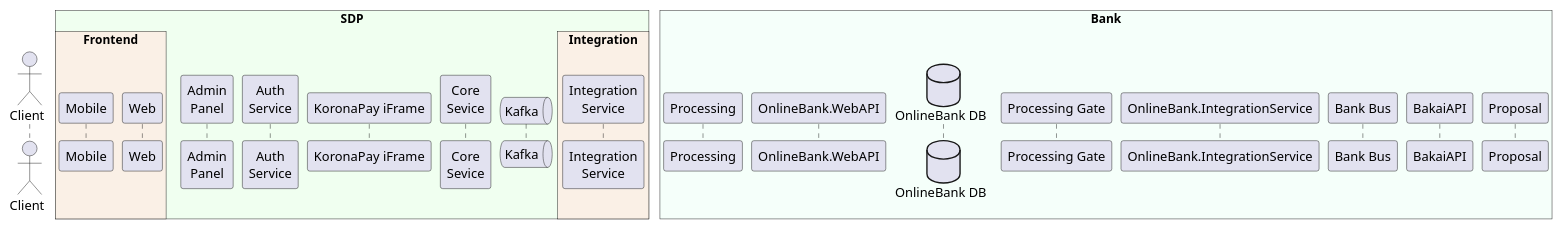
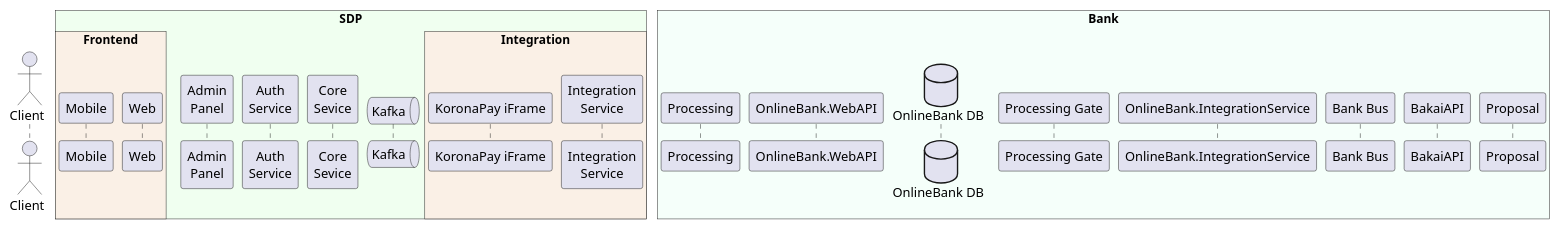
The diagram in sdp_participants.puml (MIBtester/plantuml-styles), drawn with PlantUML before and after one commit.

Commit message:
Move KoronaPay iFrame participant to Integration box

```diff
--- a/sdp_participants.puml
+++ b/sdp_participants.puml
@@ -1,39 +1,39 @@
 @startuml
 !pragma teoz true
 
 actor Client as Client order 10
 
 box "SDP" #HoneyDew
 
         box "Frontend" #Linen
             participant "Mobile" as Mobile order 20
             participant "Web" as Web order 25
         end box
 
     participant "Admin\nPanel" as Admin order 30
     participant "Auth\nService" as Auth order 33
-    participant "KoronaPay iFrame" as ZK order 39
     participant "Core\nSevice" as Core order 42
     queue "Kafka" as Kafka order 63
 
       box "Integration" #Linen
+        participant "KoronaPay iFrame" as ZK order 80
         participant "Integration\nService" as Integration order 99
       end box
 
 end box
 
 box "Bank" #MintCream
 
     participant "Processing" as Processing order 100
     participant "OnlineBank.WebAPI" as WebAPI order 110
     database "OnlineBank DB" as OBDB order 120
     participant "Processing Gate" as Pgate order 130
     participant "OnlineBank.IntegrationService" as OBIS order 140
     participant "Bank Bus" as BankBus order 150
     participant "BakaiAPI" as BakaiAPI order 160
     participant "Proposal" as Proposal order 170
 
 end box
 
 
 @enduml
```
